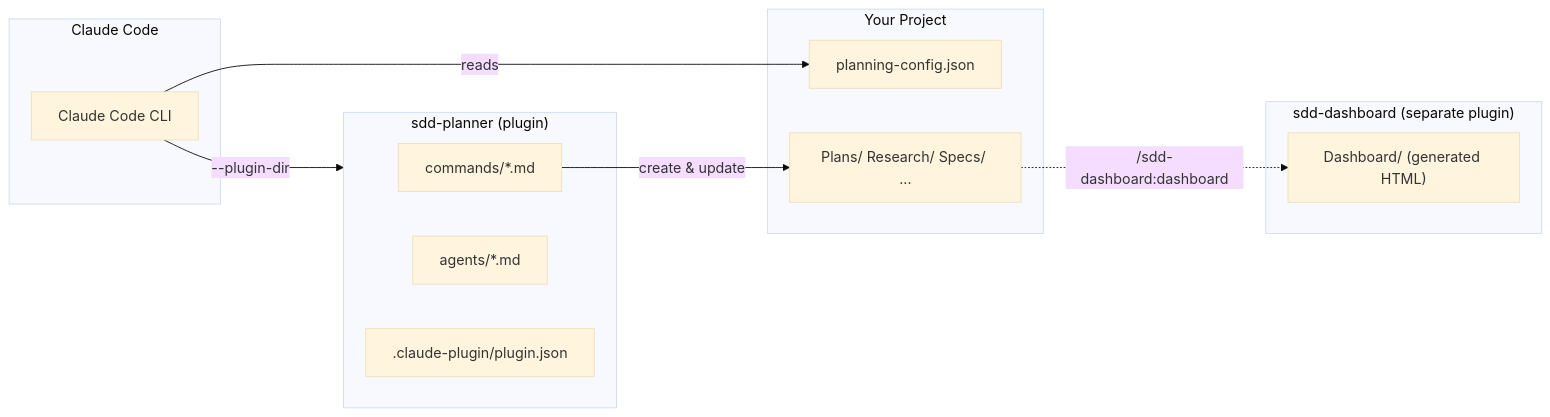
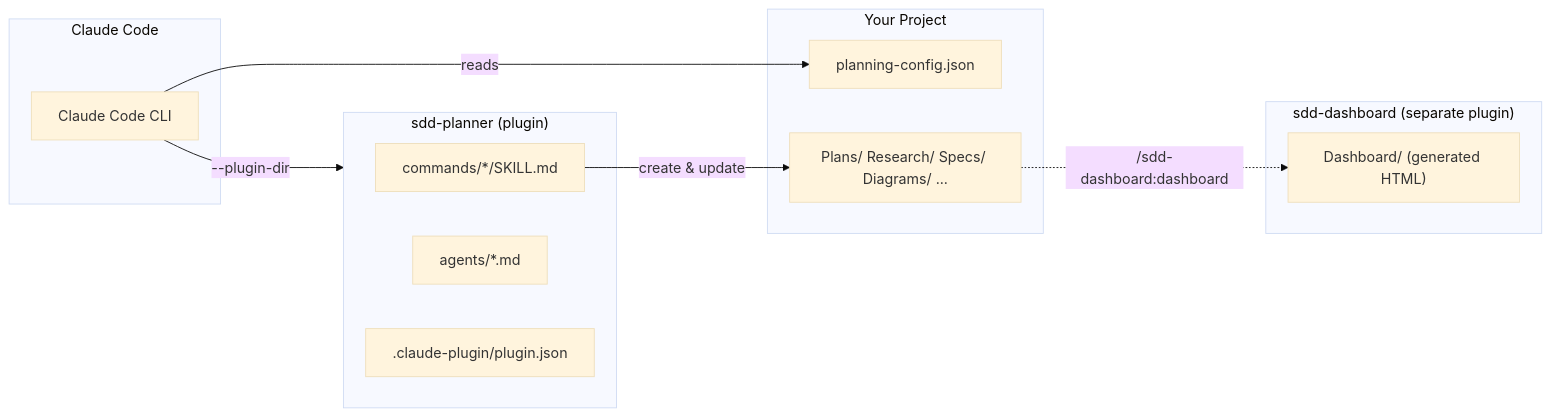
The first of 4 diagrams in README.md (danweinerdev/ai-agentic-sdd-planner), drawn with Mermaid (base theme) before and after one commit. The commit also changed other lines of this file and 4 other files, not shown here.

````diff
--- a/README.md
+++ b/README.md
@@ -11,26 +11,26 @@
 ```mermaid
 graph LR
     subgraph Plugin ["sdd-planner (plugin)"]
-        commands["commands/*.md"]
+        commands["commands/*/SKILL.md"]
         agents["agents/*.md"]
         manifest[".claude-plugin/plugin.json"]
     end
 
     subgraph Claude ["Claude Code"]
         CC[Claude Code CLI]
     end
 
     subgraph Project ["Your Project"]
         config["planning-config.json"]
-        artifacts["Plans/ Research/ Specs/ ..."]
+        artifacts["Plans/ Research/ Specs/ Diagrams/ ..."]
     end
 
     subgraph Optional ["sdd-dashboard (separate plugin)"]
         dash["Dashboard/ (generated HTML)"]
     end
 
     CC -->|--plugin-dir| Plugin
     CC -->|reads| config
     commands -->|create & update| artifacts
     artifacts -. "/sdd-dashboard:dashboard" .-> dash
 ```
````
